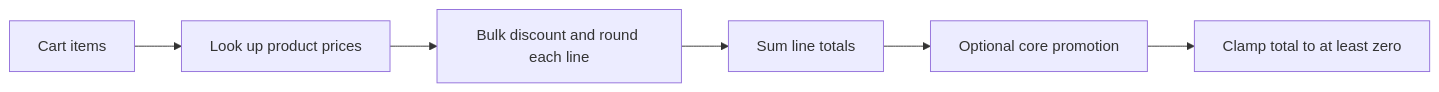
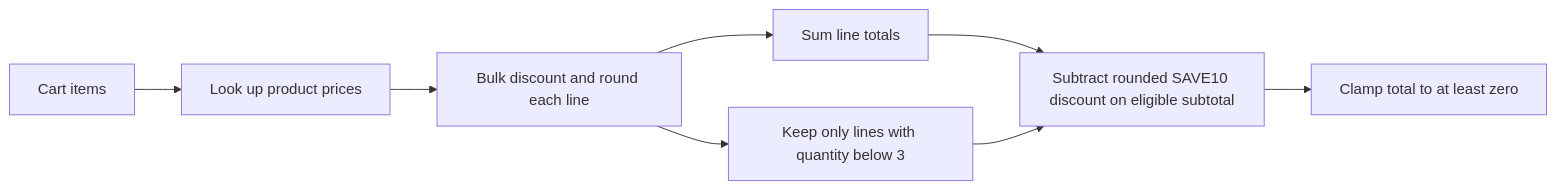
The diagram in droid-wiki/features/pricing.md (FactoryDemo/demo-storefront), drawn with Mermaid before and after one commit. The commit also changed other lines of this file and 16 other files, not shown here.

````diff
--- a/droid-wiki/features/pricing.md
+++ b/droid-wiki/features/pricing.md
@@ -21,8 +21,10 @@
 ```mermaid
 flowchart LR
     Items["Cart items"] --> Catalog["Look up product prices"]
     Catalog --> Lines["Bulk discount and round each line"]
     Lines --> Sum["Sum line totals"]
-    Sum --> Promo["Optional core promotion"]
+    Sum --> Promo["Subtract rounded SAVE10 discount on eligible subtotal"]
+    Lines --> Eligible["Keep only lines with quantity below 3"]
+    Eligible --> Promo
     Promo --> Total["Clamp total to at least zero"]
 ```
````
